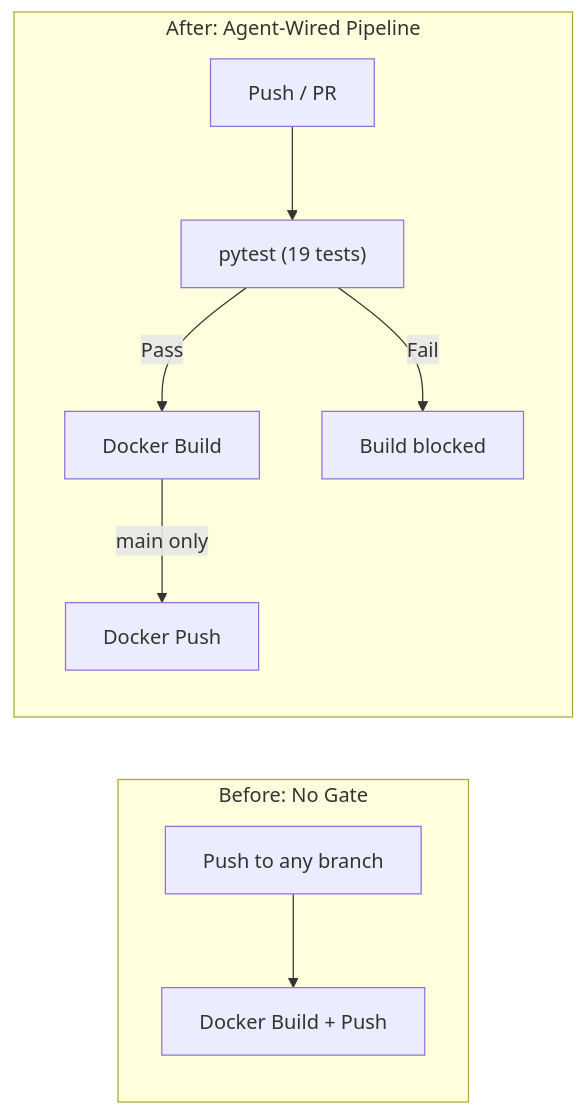
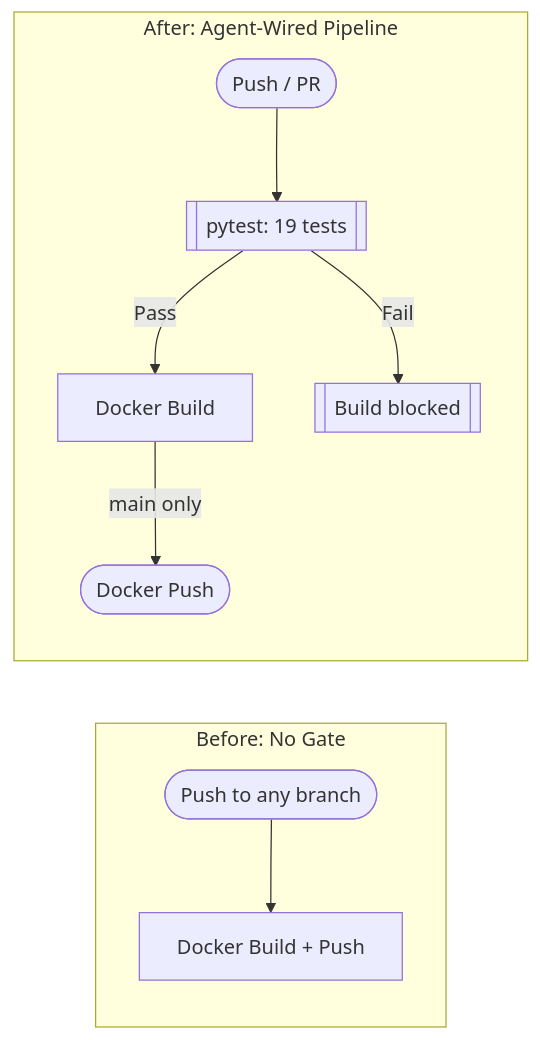
Before and after one commit to CyberdaemonAI/cyberdaemon-site: the first of 2 diagrams in src/content/build-logs/ci-gate-agent-written.mdx, drawn with Mermaid. The commit also changed other lines of this file and 23 other files, not shown here.

First line of the commit message:
style(diagrams): retrofit all mermaid diagrams to flowchart syntax site-wide

````diff
--- a/src/content/build-logs/ci-gate-agent-written.mdx
+++ b/src/content/build-logs/ci-gate-agent-written.mdx
@@ -77,13 +77,13 @@
 ```mermaid
-graph LR
-    subgraph Before["Before: No Gate"]
-        P1["Push to any branch"] --> B1["Docker Build + Push"]
+flowchart LR
+    subgraph before["Before: No Gate"]
+        P1([Push to any branch]) --> B1[Docker Build + Push]
     end
 
-    subgraph After["After: Agent-Wired Pipeline"]
-        P2["Push / PR"] --> T["pytest (19 tests)"]
-        T -->|"Pass"| B2["Docker Build"]
-        B2 -->|"main only"| Push["Docker Push"]
-        T -->|"Fail"| X["Build blocked"]
+    subgraph after["After: Agent-Wired Pipeline"]
+        P2([Push / PR]) --> T[[pytest: 19 tests]]
+        T -->|Pass| B2[Docker Build]
+        B2 -->|main only| Push([Docker Push])
+        T -->|Fail| X[[Build blocked]]
     end
 ```
````
